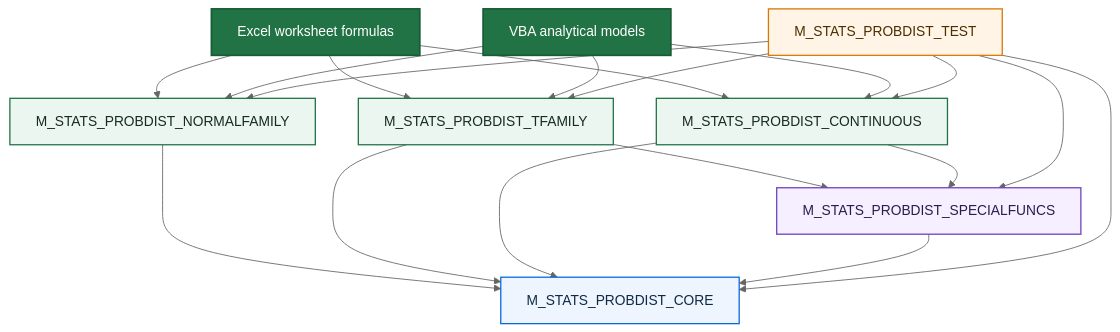
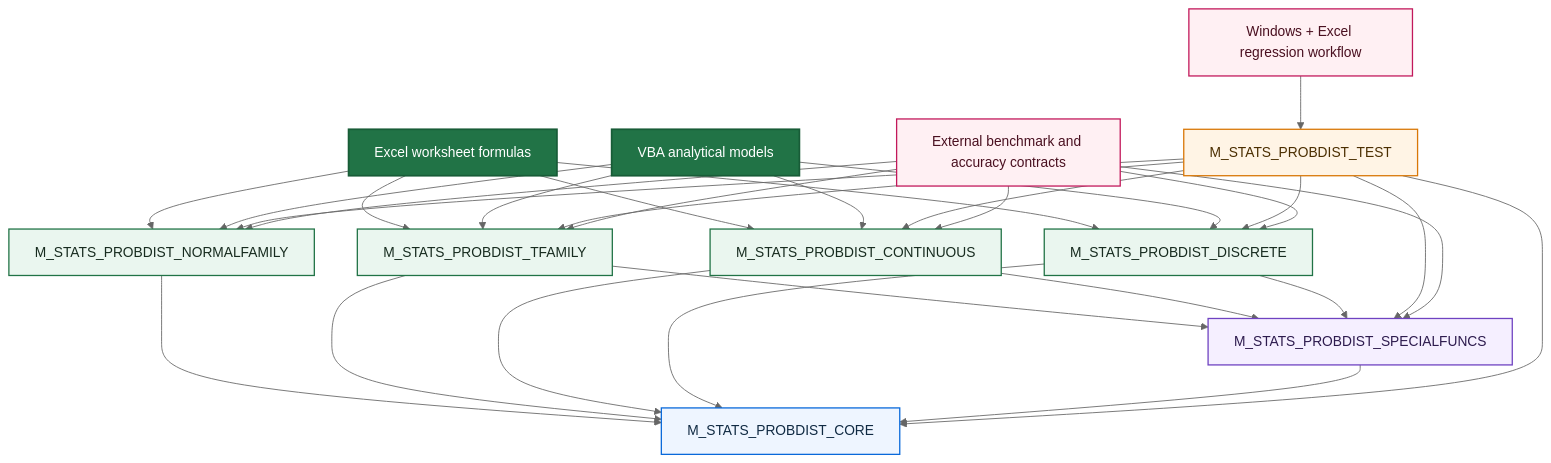
One commit to danielep71/VBA-PROBABILITY-DISTRIBUTIONS changed the diagram in README.md. Above: the diagram before and after it, drawn with Mermaid (neutral theme). The commit also changed other lines of this file, not shown here.

````diff
--- a/README.md
+++ b/README.md
@@ -360,40 +462,57 @@
 ```mermaid
 flowchart TD
     classDef entry fill:#217346,color:#ffffff,stroke:#185c37,stroke-width:2px
     classDef family fill:#eaf6ef,color:#172b1f,stroke:#217346,stroke-width:1.5px
     classDef kernel fill:#f5efff,color:#2d1b4e,stroke:#6f42c1,stroke-width:1.5px
     classDef core fill:#eef5ff,color:#102a43,stroke:#0969da,stroke-width:1.5px
     classDef test fill:#fff4e5,color:#4b2e00,stroke:#d97706,stroke-width:1.5px
+    classDef assurance fill:#fff0f3,color:#4a1020,stroke:#c2185b,stroke-width:1.5px
 
     WS[Excel worksheet formulas]:::entry
     VBA[VBA analytical models]:::entry
 
     NF[M_STATS_PROBDIST_NORMALFAMILY]:::family
     TF[M_STATS_PROBDIST_TFAMILY]:::family
     CT[M_STATS_PROBDIST_CONTINUOUS]:::family
+    DS[M_STATS_PROBDIST_DISCRETE]:::family
 
     SF[M_STATS_PROBDIST_SPECIALFUNCS]:::kernel
     CORE[M_STATS_PROBDIST_CORE]:::core
     TEST[M_STATS_PROBDIST_TEST]:::test
 
+    CI[Windows + Excel regression workflow]:::assurance
+    BENCH[External benchmark and accuracy contracts]:::assurance
+
     WS --> NF
     WS --> TF
     WS --> CT
+    WS --> DS
 
     VBA --> NF
     VBA --> TF
     VBA --> CT
+    VBA --> DS
 
     NF --> CORE
     TF --> SF
     TF --> CORE
     CT --> SF
     CT --> CORE
+    DS --> SF
+    DS --> CORE
     SF --> CORE
 
     TEST --> CORE
     TEST --> SF
     TEST --> NF
     TEST --> TF
     TEST --> CT
+    TEST --> DS
+
+    CI --> TEST
+    BENCH --> NF
+    BENCH --> TF
+    BENCH --> CT
+    BENCH --> DS
+    BENCH --> SF
 ```
````
